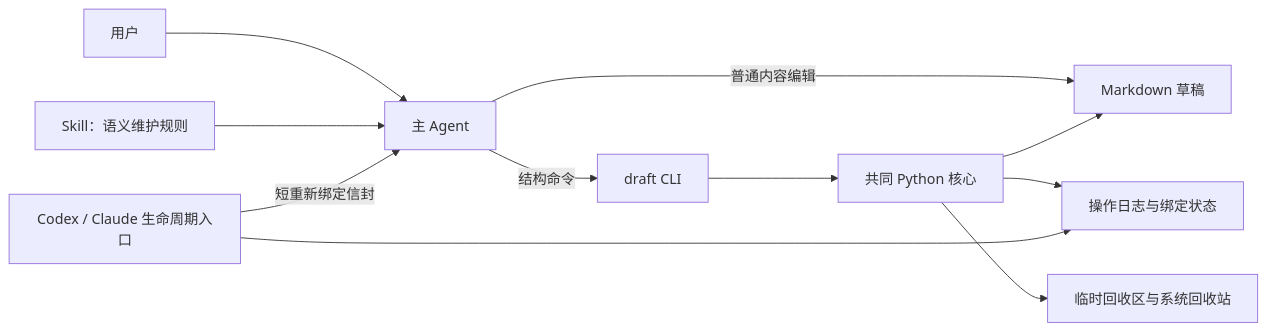
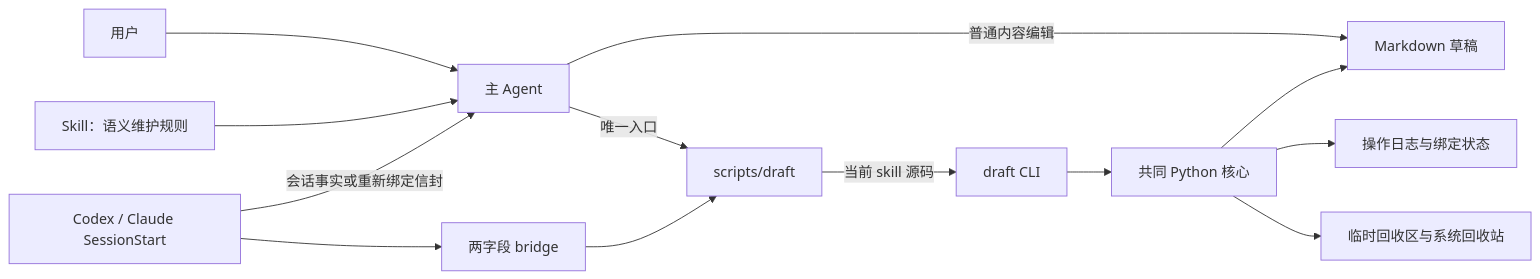
Before and after one commit to CLD1994/agent-plugins: the diagram in docs/design.md, drawn with Mermaid. The commit also changed other lines of this file and 2 other files, not shown here.

Commit message:
docs: 同步自包含 skill 运行时设计与实现计划

````diff
--- a/docs/design.md
+++ b/docs/design.md
@@ -146,13 +154,15 @@
 ```mermaid
 flowchart LR
     U["用户"] --> A["主 Agent"]
     S["Skill：语义维护规则"] --> A
     A -->|"普通内容编辑"| N["Markdown 草稿"]
-    A -->|"结构命令"| C["draft CLI"]
+    A -->|"唯一入口"| E["scripts/draft"]
+    E -->|"当前 skill 源码"| C["draft CLI"]
     C --> K["共同 Python 核心"]
     K --> N
     K --> J["操作日志与绑定状态"]
     K --> T["临时回收区与系统回收站"]
-    H["Codex / Claude 生命周期入口"] -->|"短重新绑定信封"| A
-    H --> J
+    H["Codex / Claude SessionStart"] --> B["两字段 bridge"]
+    B --> E
+    H -->|"会话事实或重新绑定信封"| A
 ```
````
